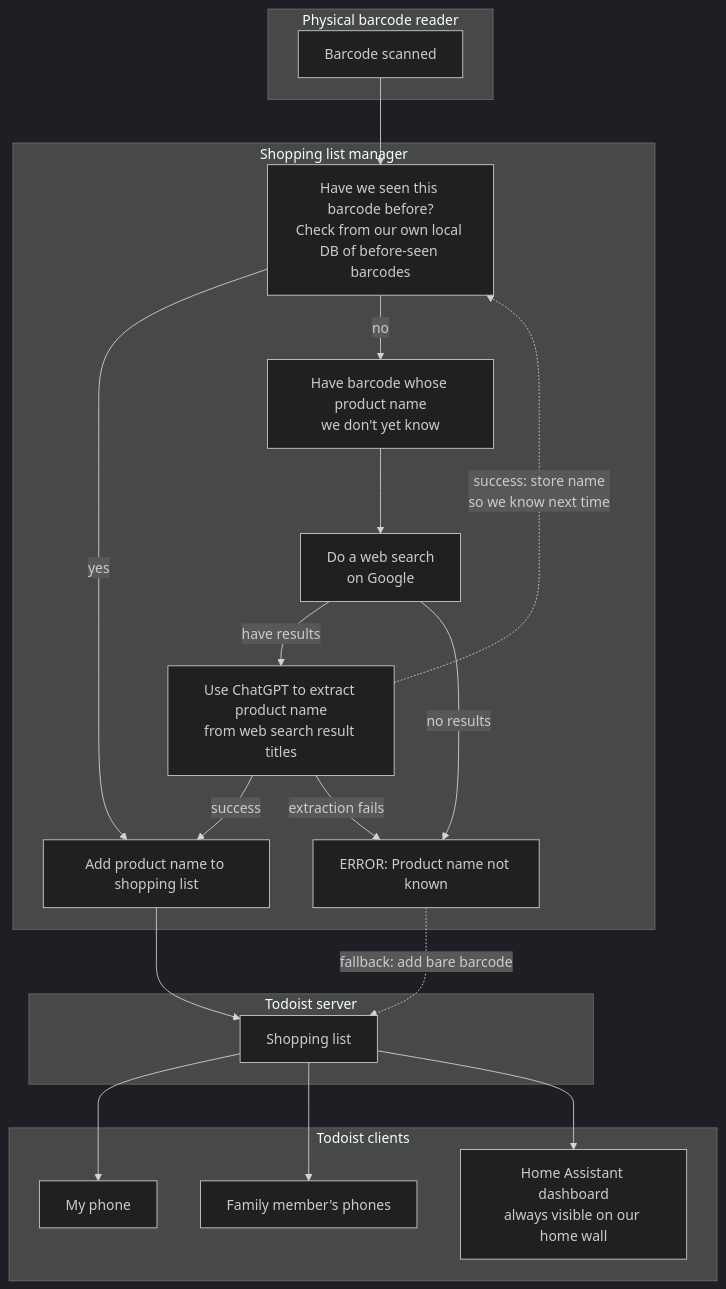
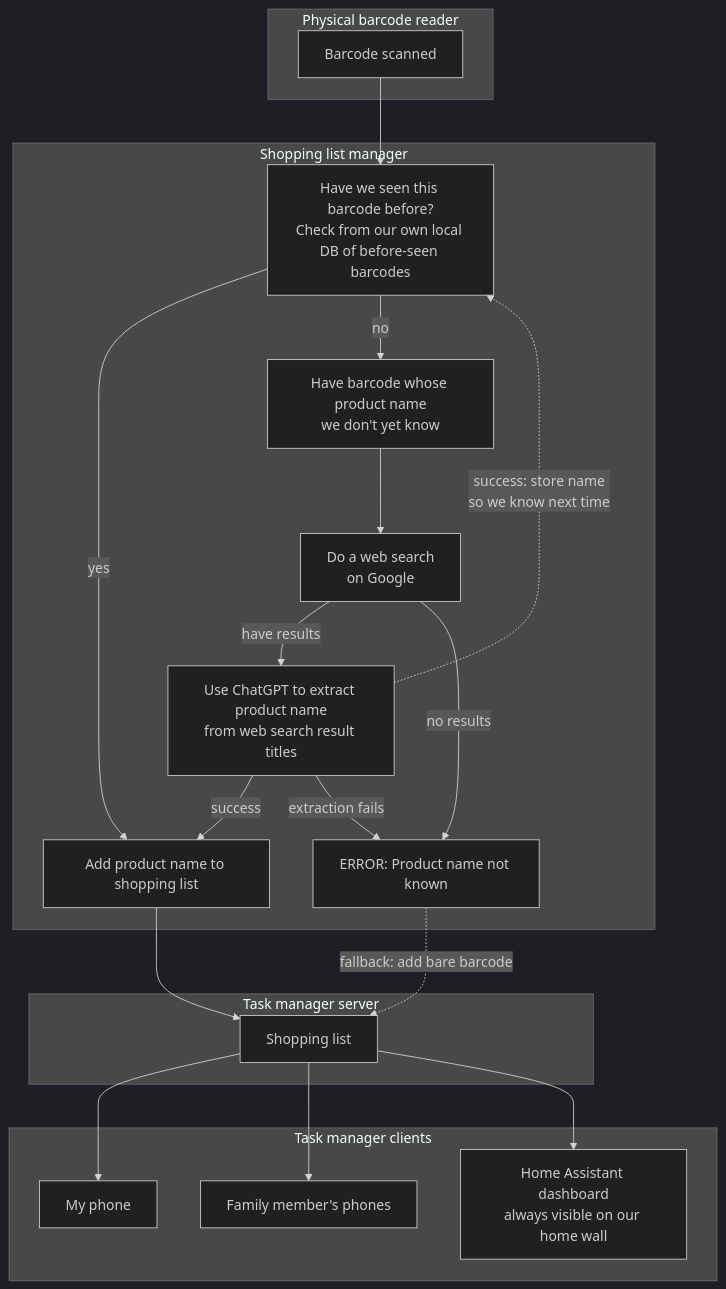
Before and after one commit to joonas-fi/shopping-list-manager: the diagram in README.md, drawn with Mermaid (dark theme). The commit also changed other lines of this file and 10 other files, not shown here.

Commit message:
task manager abstraction: support CalDAV -based task server

````diff
--- a/README.md
+++ b/README.md
@@ -11,35 +11,35 @@
 ```mermaid
 flowchart TD
     subgraph "Physical barcode reader"
       barcodeentered[Barcode scanned]
     end
-    subgraph "Todoist server"
+    subgraph "Task manager server"
         shoppinglist[Shopping list]
     end
-    subgraph "Todoist clients"
+    subgraph "Task manager clients"
         myphone[My phone]
         familymemberphone[Family member's phones]
         homeassistant[Home Assistant dashboard\nalways visible on our home wall]
     end
     subgraph "Shopping list manager"
         foundfromlocalDB?[Have we seen this barcode before?\nCheck from our own local DB of before-seen barcodes]
         useunnamedproduct[Have barcode whose product name\nwe don't yet know]
         websearch[Do a web search\non Google]
         aiextractproductname[Use ChatGPT to extract product name\nfrom web search result titles]
         addtoshoppinglist[Add product name to shopping list]
         namenotknown[ERROR: Product name not known]
     end
 
     barcodeentered --> foundfromlocalDB?
     foundfromlocalDB? -- yes --> addtoshoppinglist
     foundfromlocalDB? -- no --> useunnamedproduct --> websearch -- have results --> aiextractproductname -- success --> addtoshoppinglist
     aiextractproductname -. success: store name\nso we know next time .-> foundfromlocalDB?
     websearch -- no results --> namenotknown
     aiextractproductname -- extraction fails --> namenotknown
     addtoshoppinglist --> shoppinglist
     namenotknown  -. fallback: add bare barcode .-> shoppinglist
 
     shoppinglist --> myphone
     shoppinglist --> familymemberphone
     shoppinglist --> homeassistant
 ```
````
